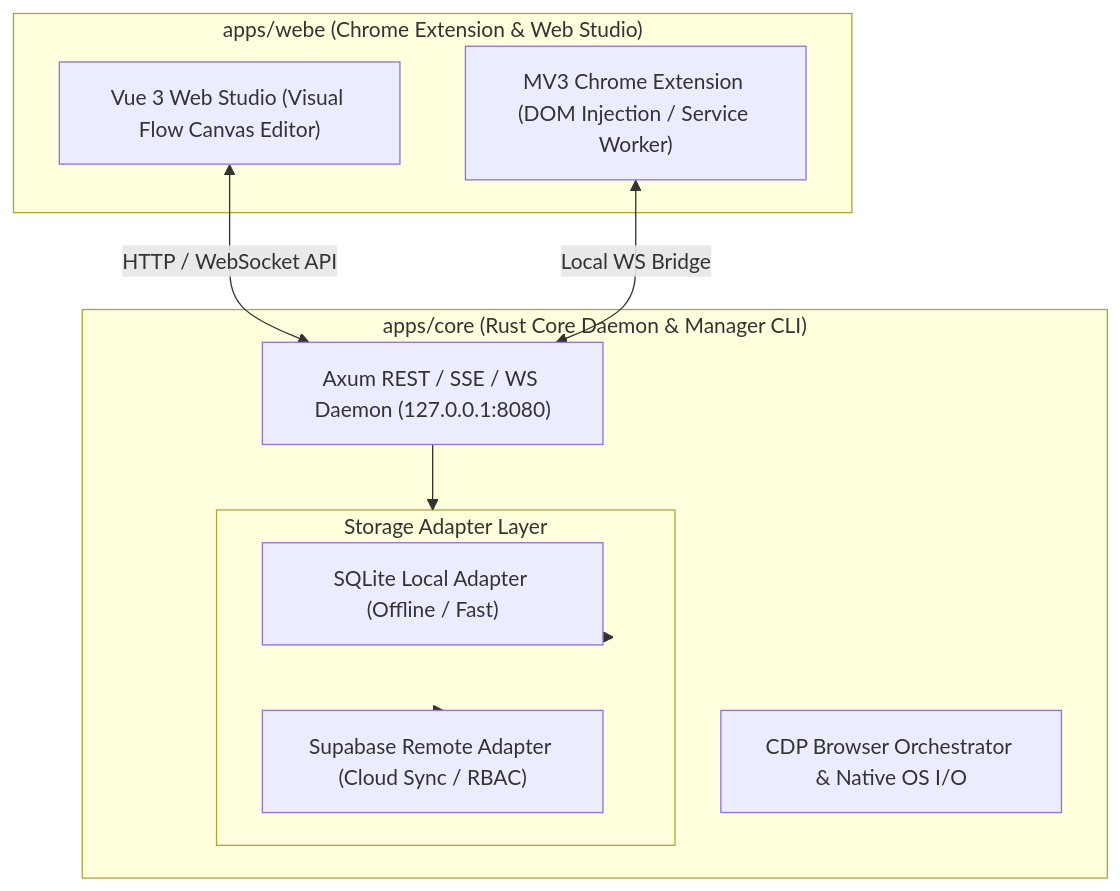
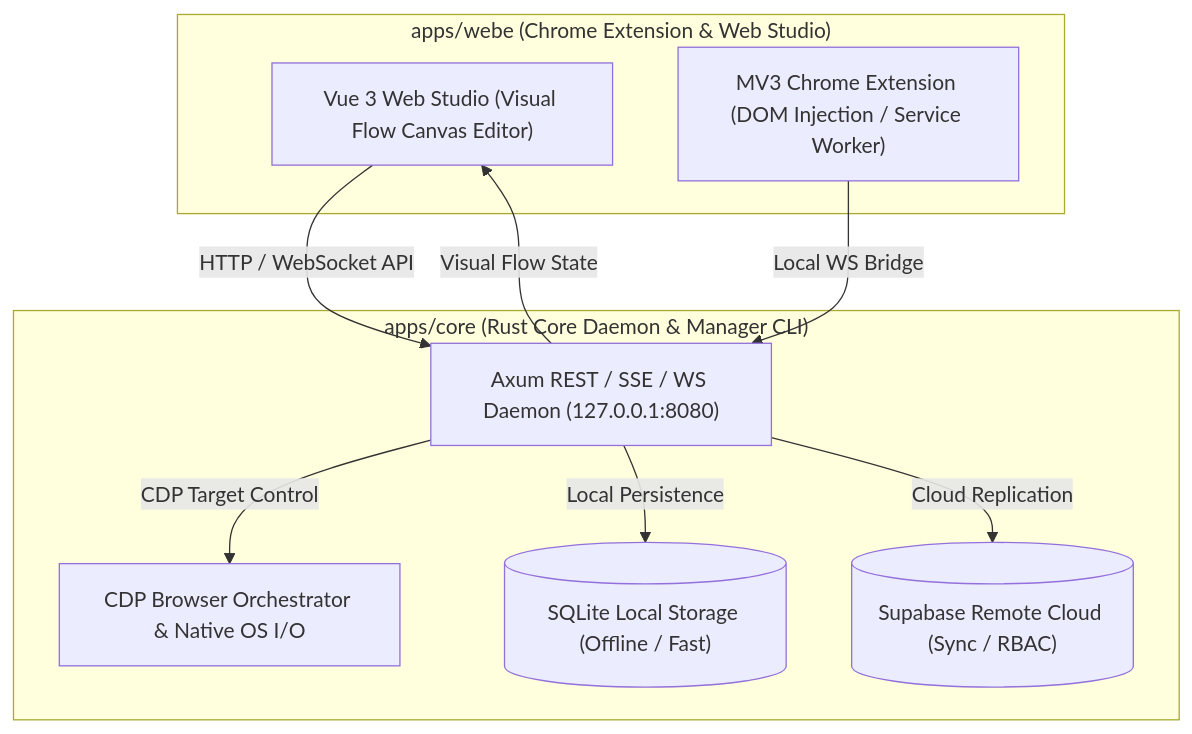
One commit to tuquet/automa changed the diagram in README.md. Above: the diagram before and after it, drawn with Mermaid. The commit also changed other lines of this file and 10 other files, not shown here.

Commit message:
feat(pages): configure GitHub Pages for architecture showcase & scalar api docs

````diff
--- a/README.md
+++ b/README.md
@@ -49,23 +60,21 @@
 ```mermaid
 flowchart TD
     subgraph WEBE["apps/webe (Chrome Extension & Web Studio)"]
         STUDIO["Vue 3 Web Studio (Visual Flow Canvas Editor)"]
         EXT["MV3 Chrome Extension (DOM Injection / Service Worker)"]
     end
 
     subgraph CORE["apps/core (Rust Core Daemon & Manager CLI)"]
         REST["Axum REST / SSE / WS Daemon (127.0.0.1:8080)"]
         CDP["CDP Browser Orchestrator & Native OS I/O"]
-        
-        subgraph ADAPTERS["Storage Adapter Layer"]
-            SQLITE["SQLite Local Adapter (Offline / Fast)"]
-            SUPABASE["Supabase Remote Adapter (Cloud Sync / RBAC)"]
-        end
+        SQLITE[("SQLite Local Storage (Offline / Fast)")]
+        SUPABASE[("Supabase Remote Cloud (Sync / RBAC)")]
     end
 
-    STUDIO <-->|"HTTP / WebSocket API"| REST
-    EXT <-->|"Local WS Bridge"| REST
-    REST --> ADAPTERS
-    ADAPTERS --> SQLITE
-    ADAPTERS --> SUPABASE
+    STUDIO -->|"HTTP / WebSocket API"| REST
+    REST -->|"Visual Flow State"| STUDIO
+    EXT -->|"Local WS Bridge"| REST
+    REST -->|"CDP Target Control"| CDP
+    REST -->|"Local Persistence"| SQLITE
+    REST -->|"Cloud Replication"| SUPABASE
 ```
````
